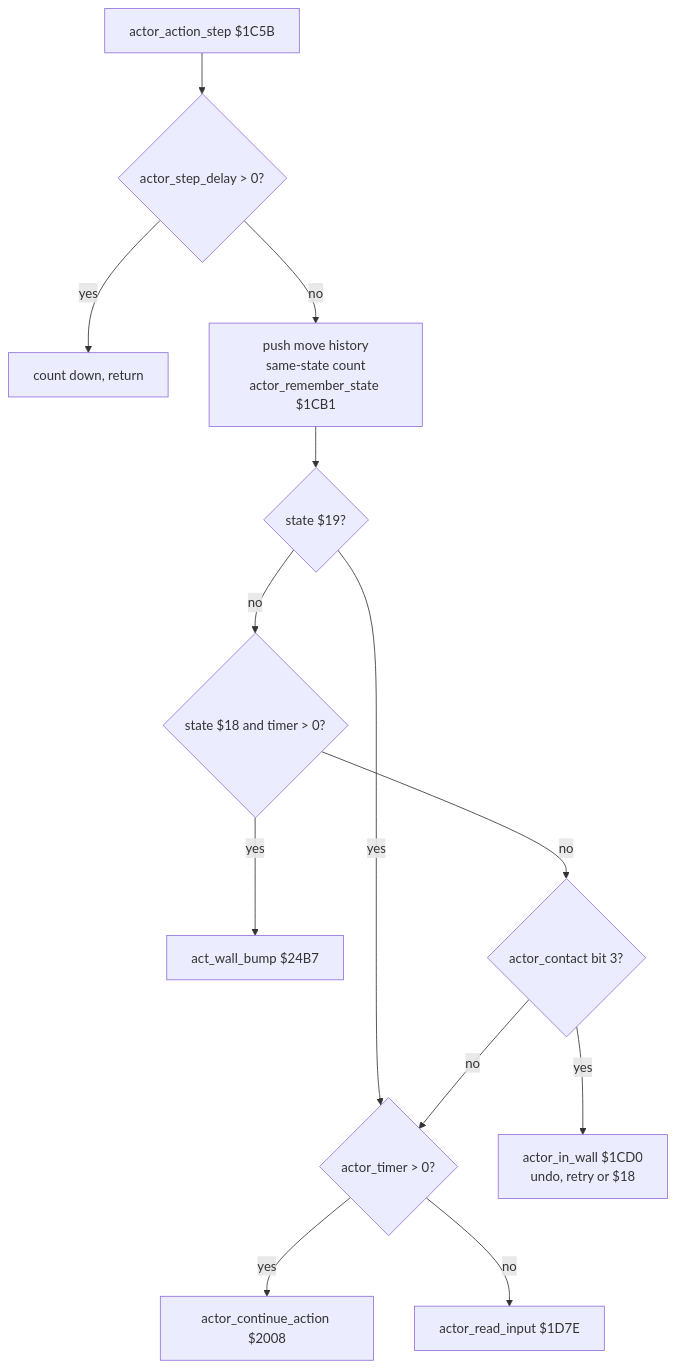
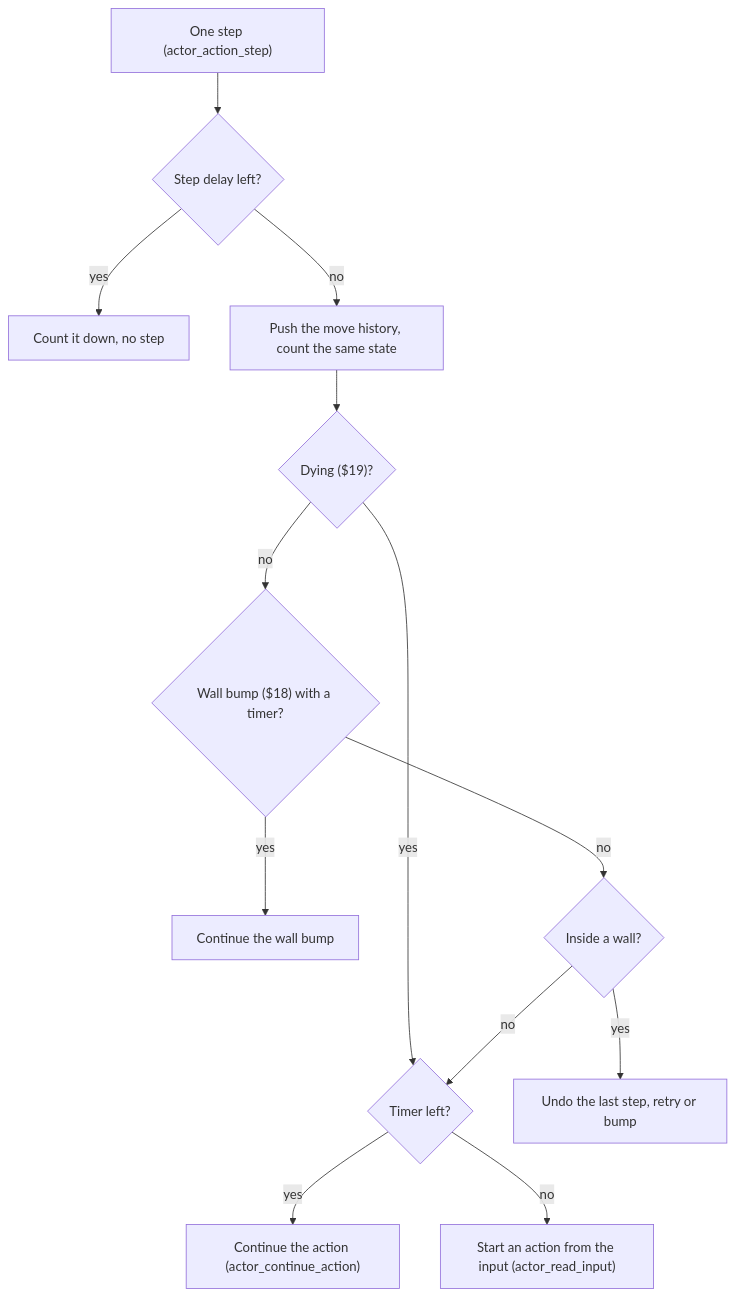
The second of 7 diagrams in bruce_lee/docs/actors.md (henols/c64_games), drawn with Mermaid before and after one commit. The commit also changed other lines of this file and 124 other files, not shown here.

````diff
--- a/bruce_lee/docs/actors.md
+++ b/bruce_lee/docs/actors.md
@@ -351,15 +57,15 @@
 ```mermaid
 flowchart TB
-  S["actor_action_step $1C5B"] --> D{"actor_step_delay > 0?"}
-  D -- yes --> DEC["count down, return"]
-  D -- no --> H["push move history<br/>same-state count<br/>actor_remember_state $1CB1"]
-  H --> Q19{"state $19?"}
+  S["One step (actor_action_step)"] --> D{"Step delay left?"}
+  D -- yes --> DEC["Count it down, no step"]
+  D -- no --> H["Push the move history, count the same state"]
+  H --> Q19{"Dying ($19)?"}
   Q19 -- yes --> T
-  Q19 -- no --> Q18{"state $18 and timer > 0?"}
-  Q18 -- yes --> WB["act_wall_bump $24B7"]
-  Q18 -- no --> W{"actor_contact bit 3?"}
-  W -- yes --> U["actor_in_wall $1CD0<br/>undo, retry or $18"]
-  W -- no --> T{"actor_timer > 0?"}
-  T -- yes --> CA["actor_continue_action $2008"]
-  T -- no --> RI["actor_read_input $1D7E"]
+  Q19 -- no --> Q18{"Wall bump ($18) with a timer?"}
+  Q18 -- yes --> WB["Continue the wall bump"]
+  Q18 -- no --> W{"Inside a wall?"}
+  W -- yes --> U["Undo the last step, retry or bump"]
+  W -- no --> T{"Timer left?"}
+  T -- yes --> CA["Continue the action (actor_continue_action)"]
+  T -- no --> RI["Start an action from the input (actor_read_input)"]
 ```
````
